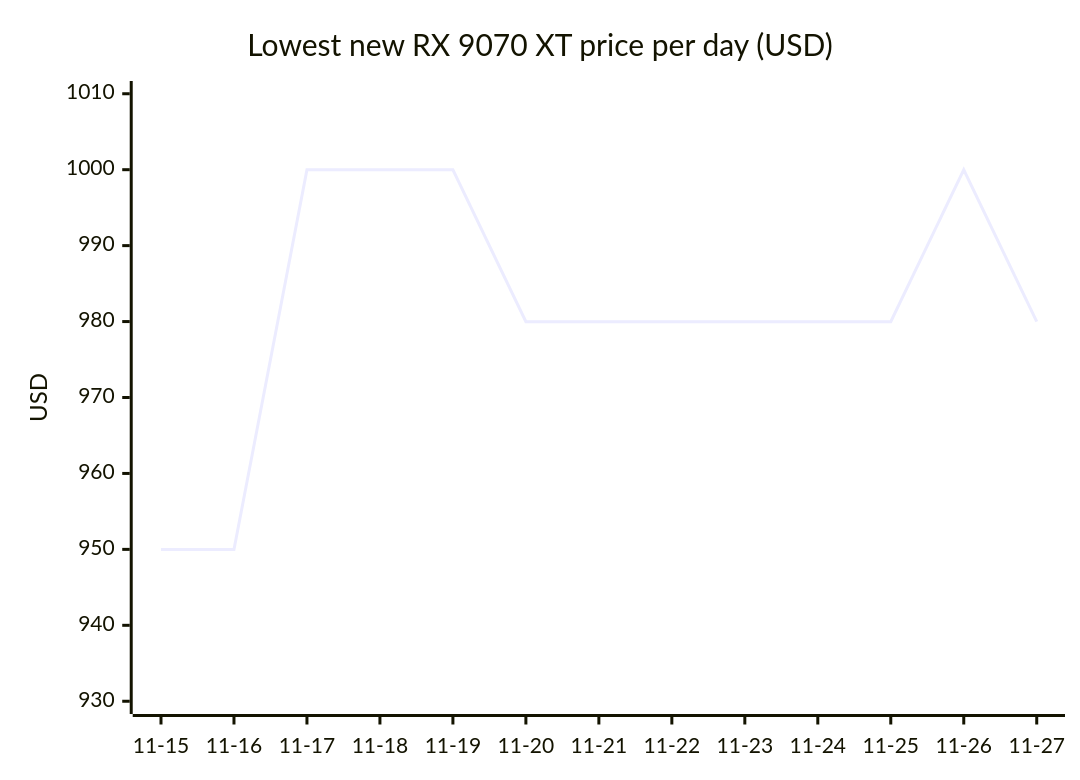
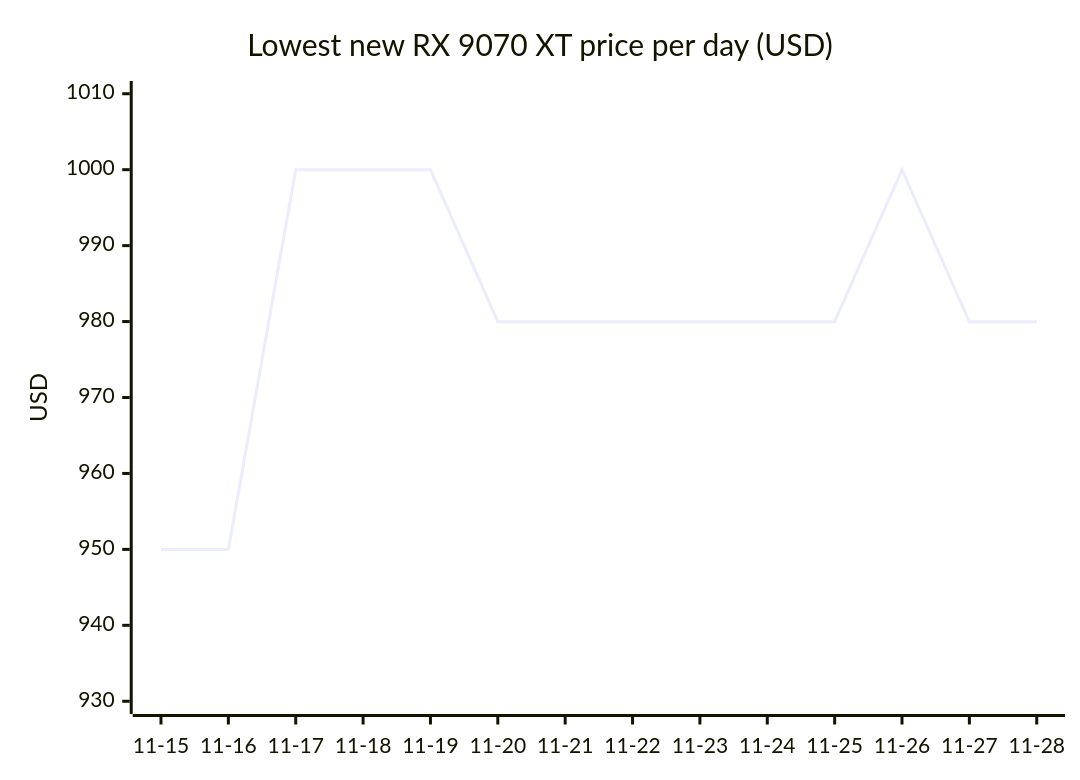
Diagram 11 of 18 in README.md (7324136828/4tb_ssd_price_watch), drawn with Mermaid before and after one commit. The commit also changed other lines of this file, not shown here.

````diff
--- a/README.md
+++ b/README.md
@@ -1330,7 +1367,7 @@
 ```mermaid
 xychart-beta
     title "Lowest new RX 9070 XT price per day (USD)"
-    x-axis ["11-15", "11-16", "11-17", "11-18", "11-19", "11-20", "11-21", "11-22", "11-23", "11-24", "11-25", "11-26", "11-27"]
+    x-axis ["11-15", "11-16", "11-17", "11-18", "11-19", "11-20", "11-21", "11-22", "11-23", "11-24", "11-25", "11-26", "11-27", "11-28"]
     y-axis "USD" 930 --> 1010
-    line [949.99, 949.99, 999.99, 999.99, 999.99, 979.99, 979.99, 979.99, 979.99, 979.99, 979.99, 999.99, 979.99]
+    line [949.99, 949.99, 999.99, 999.99, 999.99, 979.99, 979.99, 979.99, 979.99, 979.99, 979.99, 999.99, 979.99, 979.99]
 ```
````
